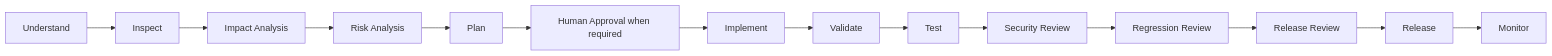
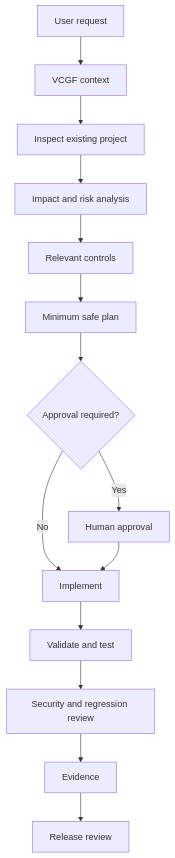
The first of 2 diagrams in README.md (Vibe-Coding-Commons/VCGF), drawn with Mermaid before and after one commit. The commit also changed other lines of this file and 30 other files, not shown here.

First line of the commit message:
release: VCGF v1.0.0

````diff
--- a/README.md
+++ b/README.md
@@ -28,4 +98,16 @@
 ```mermaid
-flowchart LR
-  U[Understand] --> I[Inspect] --> IA[Impact Analysis] --> R[Risk Analysis] --> P[Plan] --> H[Human Approval when required] --> M[Implement] --> V[Validate] --> T[Test] --> S[Security Review] --> RR[Regression Review] --> RL[Release Review] --> RE[Release] --> MO[Monitor]
+flowchart TD
+  A[User request] --> B[VCGF context]
+  B --> C[Inspect existing project]
+  C --> D[Impact and risk analysis]
+  D --> E[Relevant controls]
+  E --> F[Minimum safe plan]
+  F --> G{Approval required?}
+  G -->|Yes| H[Human approval]
+  G -->|No| I[Implement]
+  H --> I
+  I --> J[Validate and test]
+  J --> K[Security and regression review]
+  K --> L[Evidence]
+  L --> M[Release review]
 ```
````
